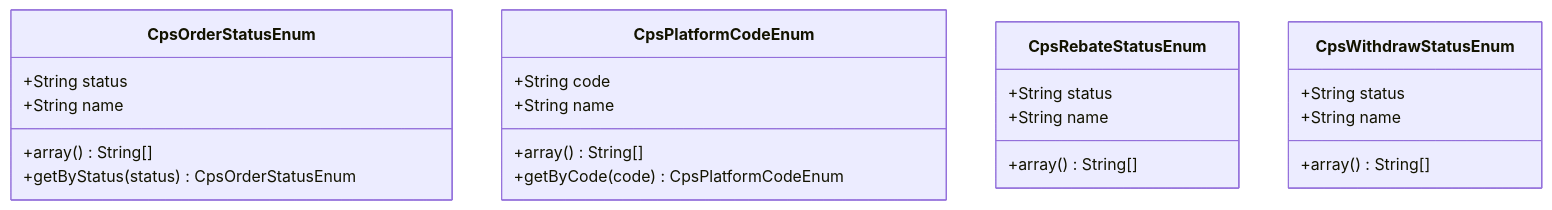
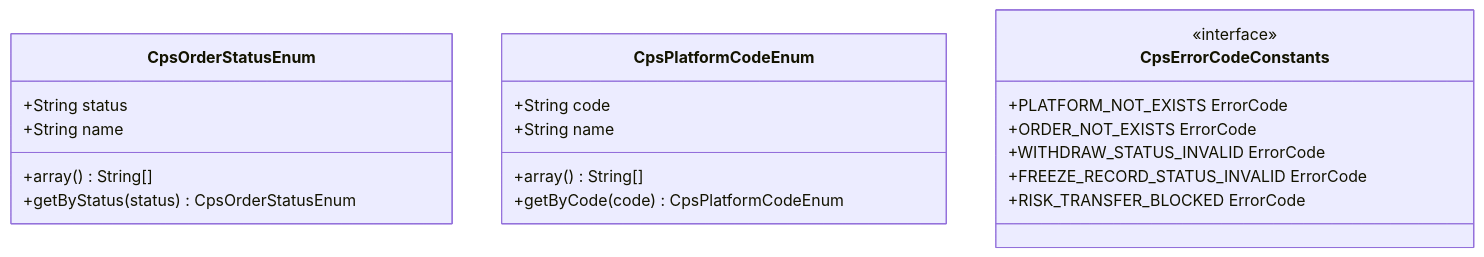
One commit to zhuangpengLI/AgenticCPS changed the third of 6 diagrams in .qoder/repowiki/zh/content/后端服务架构/业务模块概览/CPS业务模块/订单管理系统.md. Above: the diagram before and after it, drawn with Mermaid. The commit also changed other lines of this file and 42 other files, not shown here.

````diff
--- a/.qoder/repowiki/zh/content/后端服务架构/业务模块概览/CPS业务模块/订单管理系统.md
+++ b/.qoder/repowiki/zh/content/后端服务架构/业务模块概览/CPS业务模块/订单管理系统.md
@@ -125,25 +155,23 @@
 ```mermaid
 classDiagram
 class CpsOrderStatusEnum {
 +String status
 +String name
 +array() String[]
 +getByStatus(status) CpsOrderStatusEnum
 }
 class CpsPlatformCodeEnum {
 +String code
 +String name
 +array() String[]
 +getByCode(code) CpsPlatformCodeEnum
 }
-class CpsRebateStatusEnum {
-+String status
-+String name
-+array() String[]
-}
-class CpsWithdrawStatusEnum {
-+String status
-+String name
-+array() String[]
+class CpsErrorCodeConstants {
+<<interface>>
++PLATFORM_NOT_EXISTS ErrorCode
++ORDER_NOT_EXISTS ErrorCode
++WITHDRAW_STATUS_INVALID ErrorCode
++FREEZE_RECORD_STATUS_INVALID ErrorCode
++RISK_TRANSFER_BLOCKED ErrorCode
 }
 ```
````
